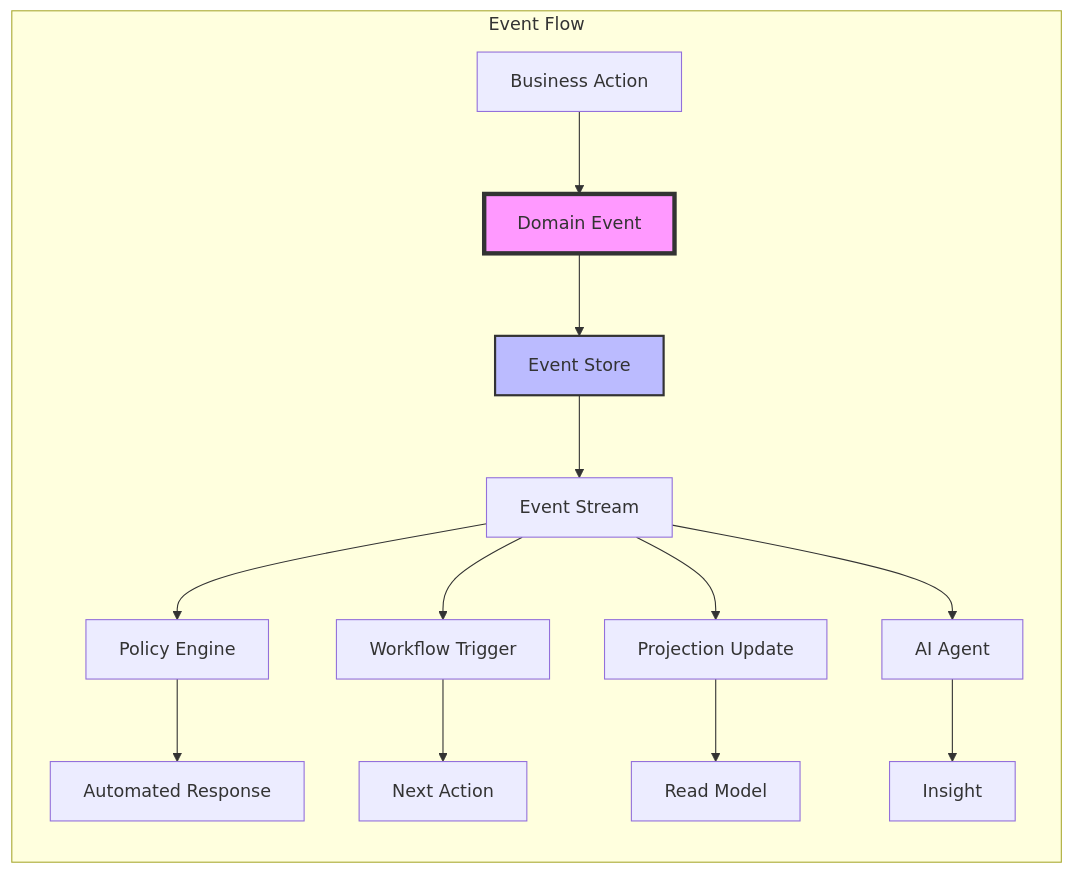
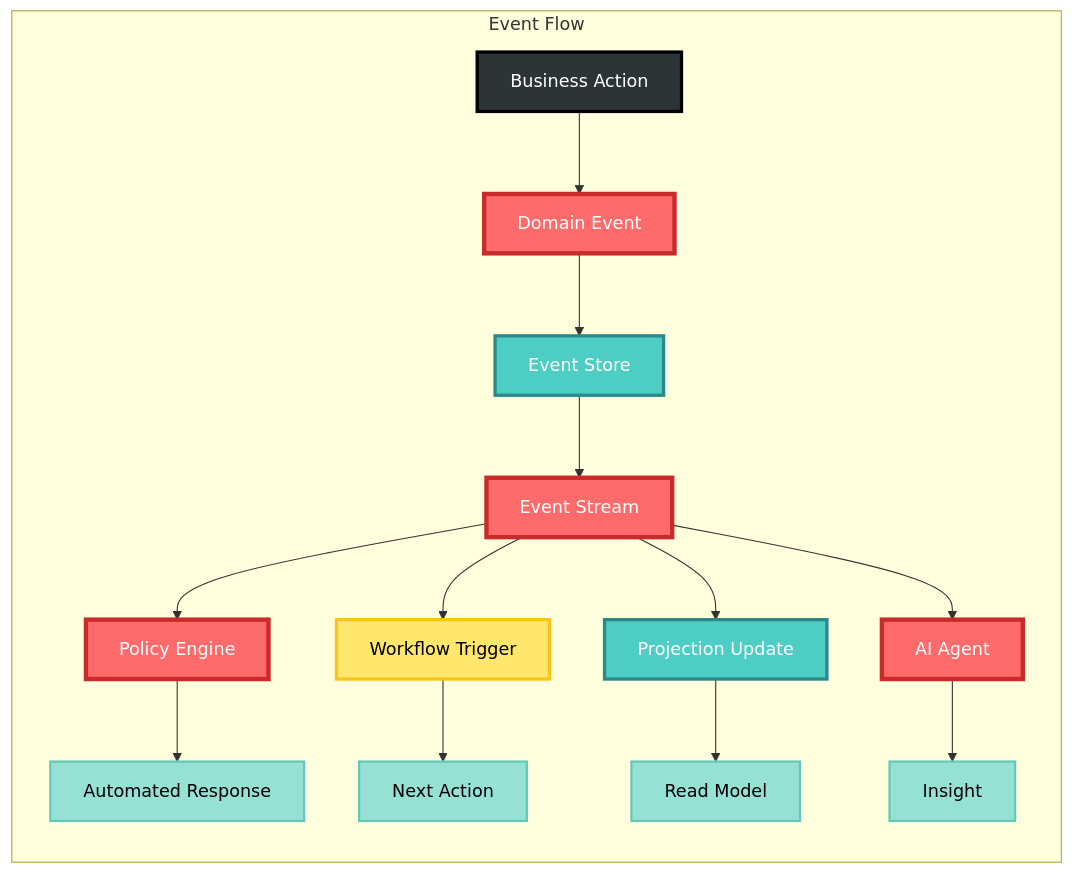
One commit to TheCowboyAI/cim changed the fourth of 8 diagrams in readme.md. Above: the diagram before and after it, drawn with Mermaid. The commit also changed other lines of this file and 12 other files, not shown here.

````diff
--- a/readme.md
+++ b/readme.md
@@ -140,21 +175,32 @@
 ```mermaid
 graph LR
     subgraph "Event Flow"
         A[Business Action] --> B[Domain Event]
         B --> C[Event Store]
         C --> D[Event Stream]
         
         D --> E[Policy Engine]
         D --> F[Workflow Trigger]
         D --> G[Projection Update]
         D --> H[AI Agent]
         
         E --> I[Automated Response]
         F --> J[Next Action]
         G --> K[Read Model]
         H --> L[Insight]
     end
     
-    style B fill:#f9f,stroke:#333,stroke-width:4px
-    style C fill:#bbf,stroke:#333,stroke-width:2px
+    %% Styling - event flow architecture
+    style A fill:#2D3436,stroke:#000,stroke-width:3px,color:#FFF
+    style B fill:#FF6B6B,stroke:#C92A2A,stroke-width:4px,color:#FFF
+    style C fill:#4ECDC4,stroke:#2B8A89,stroke-width:3px,color:#FFF
+    style D fill:#FF6B6B,stroke:#C92A2A,stroke-width:4px,color:#FFF
+    style E fill:#FF6B6B,stroke:#C92A2A,stroke-width:4px,color:#FFF
+    style F fill:#FFE66D,stroke:#FCC419,stroke-width:3px,color:#000
+    style G fill:#4ECDC4,stroke:#2B8A89,stroke-width:3px,color:#FFF
+    style H fill:#FF6B6B,stroke:#C92A2A,stroke-width:4px,color:#FFF
+    style I fill:#95E1D3,stroke:#63C7B8,stroke-width:2px,color:#000
+    style J fill:#95E1D3,stroke:#63C7B8,stroke-width:2px,color:#000
+    style K fill:#95E1D3,stroke:#63C7B8,stroke-width:2px,color:#000
+    style L fill:#95E1D3,stroke:#63C7B8,stroke-width:2px,color:#000
 ```
````
